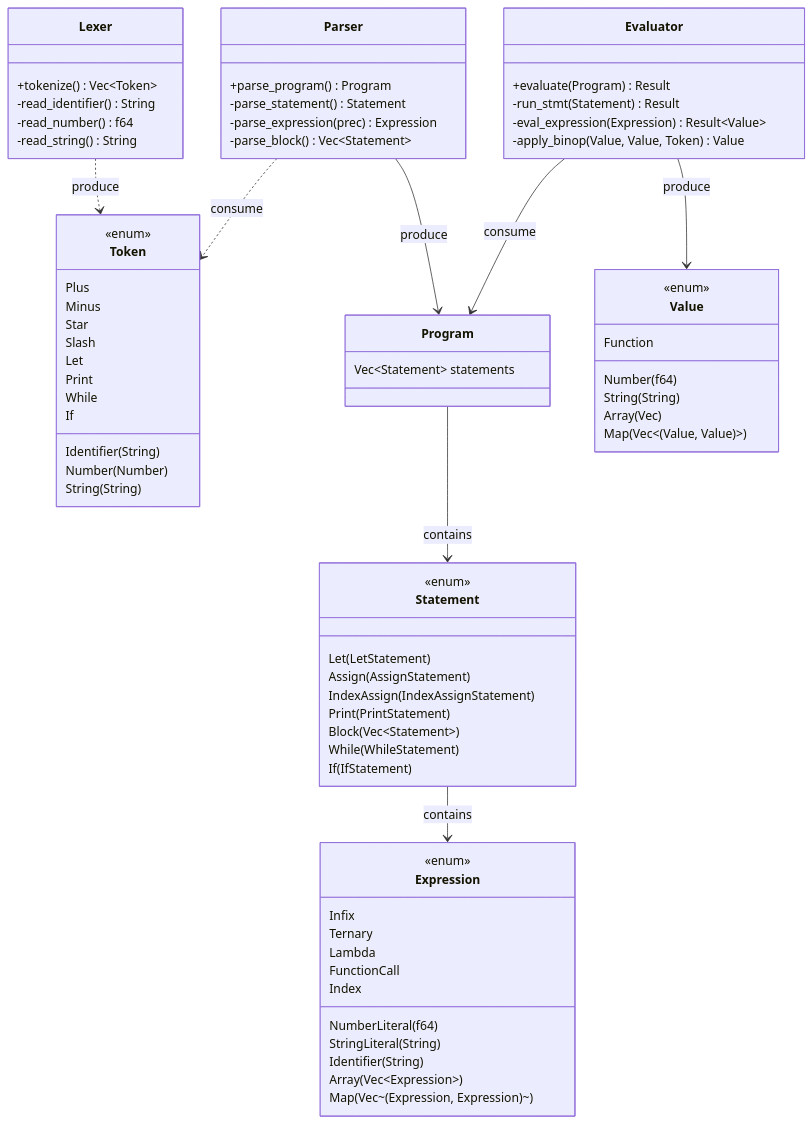
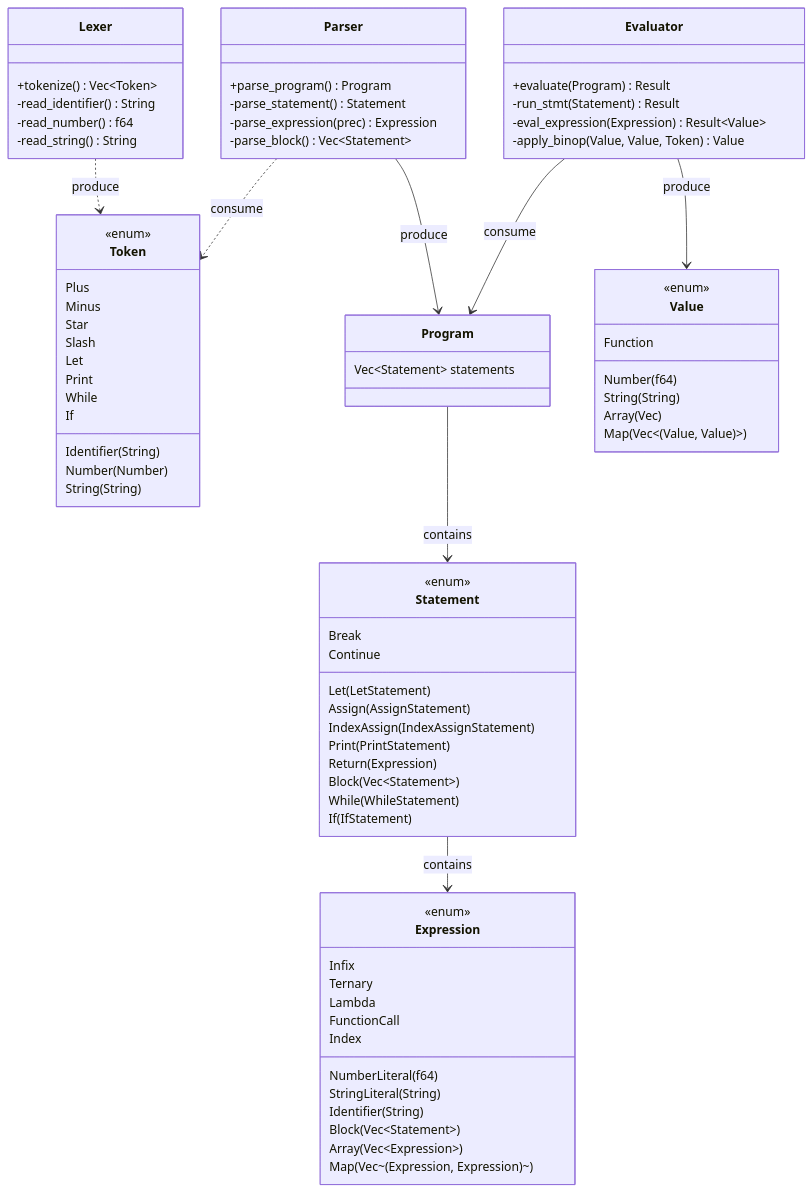
The second of 2 diagrams in README.md (aratan/hacklang), drawn with Mermaid before and after one commit. The commit also changed other lines of this file, not shown here.

````diff
--- a/README.md
+++ b/README.md
@@ -19,77 +19,81 @@
 ```mermaid
 classDiagram
     class Lexer {
         +tokenize() Vec~Token~
         -read_identifier() String
         -read_number() f64
         -read_string() String
     }
     class Token {
         <<enum>>
         Plus
         Minus
         Star
         Slash
         Let
         Print
         While
         If
         Identifier(String)
         Number(Number)
         String(String)
     }
     class Parser {
         +parse_program() Program
         -parse_statement() Statement
         -parse_expression(prec) Expression
         -parse_block() Vec~Statement~
     }
     class Program {
         Vec~Statement~ statements
     }
     class Statement {
         <<enum>>
         Let(LetStatement)
         Assign(AssignStatement)
         IndexAssign(IndexAssignStatement)
         Print(PrintStatement)
+        Return(Expression)
+        Break
+        Continue
         Block(Vec~Statement~)
         While(WhileStatement)
         If(IfStatement)
     }
     class Expression {
         <<enum>>
         NumberLiteral(f64)
         StringLiteral(String)
         Identifier(String)
         Infix
         Ternary
         Lambda
+        Block(Vec~Statement~)
         FunctionCall
         Array(Vec~Expression~)
         Map(Vec~(Expression, Expression)~)
         Index
     }
     class Evaluator {
         +evaluate(Program) Result
         -run_stmt(Statement) Result
         -eval_expression(Expression) Result~Value~
         -apply_binop(Value, Value, Token) Value
     }
     class Value {
         <<enum>>
         Number(f64)
         String(String)
         Array(Vec<Value>)
         Map(Vec<(Value, Value)>)
         Function
     }
 
     Lexer ..> Token : produce
     Parser ..> Token : consume
     Parser --> Program : produce
     Program --> Statement : contains
     Statement --> Expression : contains
     Evaluator --> Program : consume
     Evaluator --> Value : produce
 ```
````
